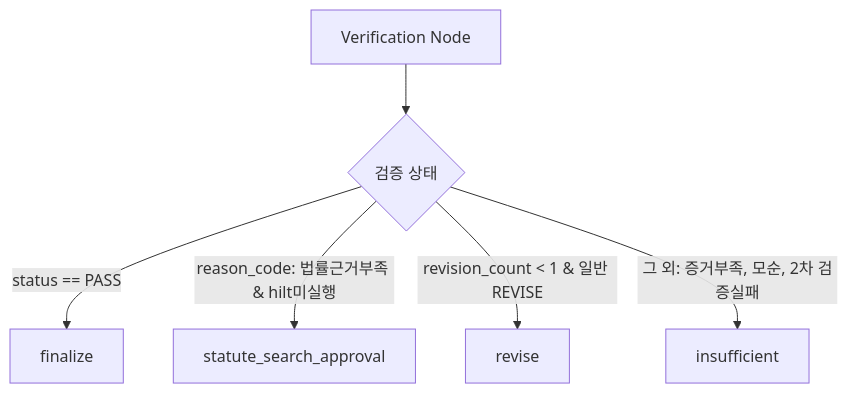
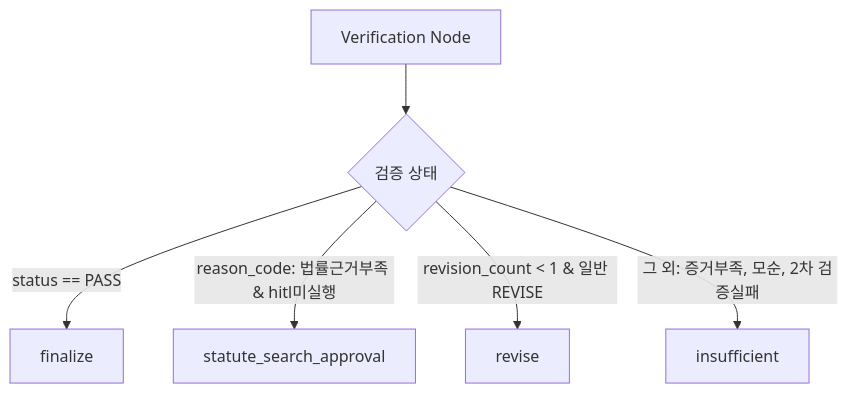
Before and after one commit to yjjungyo/ai-legal-helper: the diagram in docs/code-audit/03_REMEDIATION_DESIGN.md, drawn with Mermaid. The commit also changed other lines of this file, not shown here.

````diff
--- a/docs/code-audit/03_REMEDIATION_DESIGN.md
+++ b/docs/code-audit/03_REMEDIATION_DESIGN.md
@@ -32,8 +32,8 @@
 ```mermaid
 flowchart TD
     V[Verification Node] --> C{검증 상태}
     C -->|status == PASS| F[finalize]
-    C -->|reason_code: 법률근거부족 & hilt미실행| H[statute_search_approval]
+    C -->|reason_code: 법률근거부족 & hitl미실행| H[statute_search_approval]
     C -->|revision_count < 1 & 일반 REVISE| R[revise]
     C -->|그 외: 증거부족, 모순, 2차 검증실패| I[insufficient]
 ```
````
